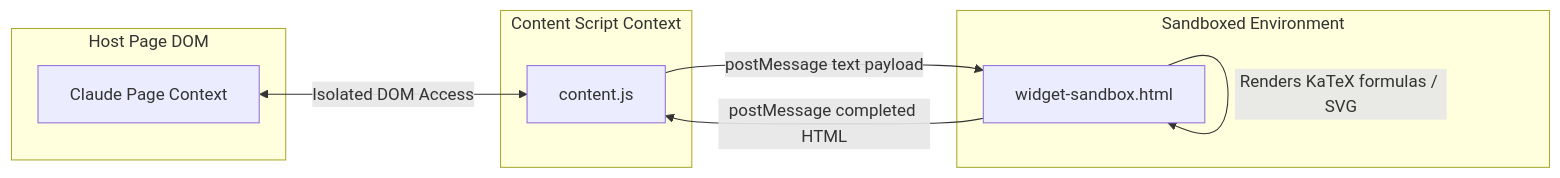
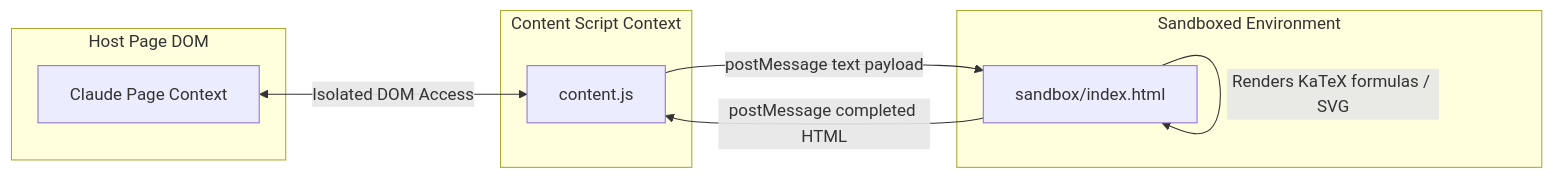
Before and after one commit to Navaneeth187/Omniscribe-EXTN: the third of 4 diagrams in audits/technical_architecture_omniscribe_ai.md, drawn with Mermaid. The commit also changed other lines of this file and 23 other files, not shown here.

````diff
--- a/audits/technical_architecture_omniscribe_ai.md
+++ b/audits/technical_architecture_omniscribe_ai.md
@@ -273,19 +233,19 @@
 ```mermaid
 graph LR
     subgraph Host Page DOM
         RawPage[Claude Page Context]
     end
 
     subgraph Content Script Context
         CScript[content.js]
     end
 
     subgraph Sandboxed Environment
-        SbIframe[widget-sandbox.html]
+        SbIframe[sandbox/index.html]
     end
 
     RawPage <-->|Isolated DOM Access| CScript
     CScript -->|postMessage text payload| SbIframe
     SbIframe -->|Renders KaTeX formulas / SVG| SbIframe
     SbIframe -->|postMessage completed HTML| CScript
 ```
````
